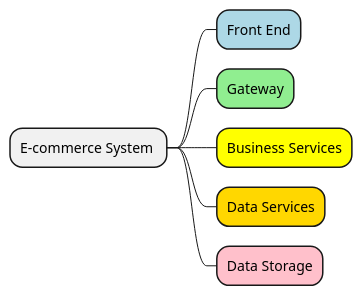
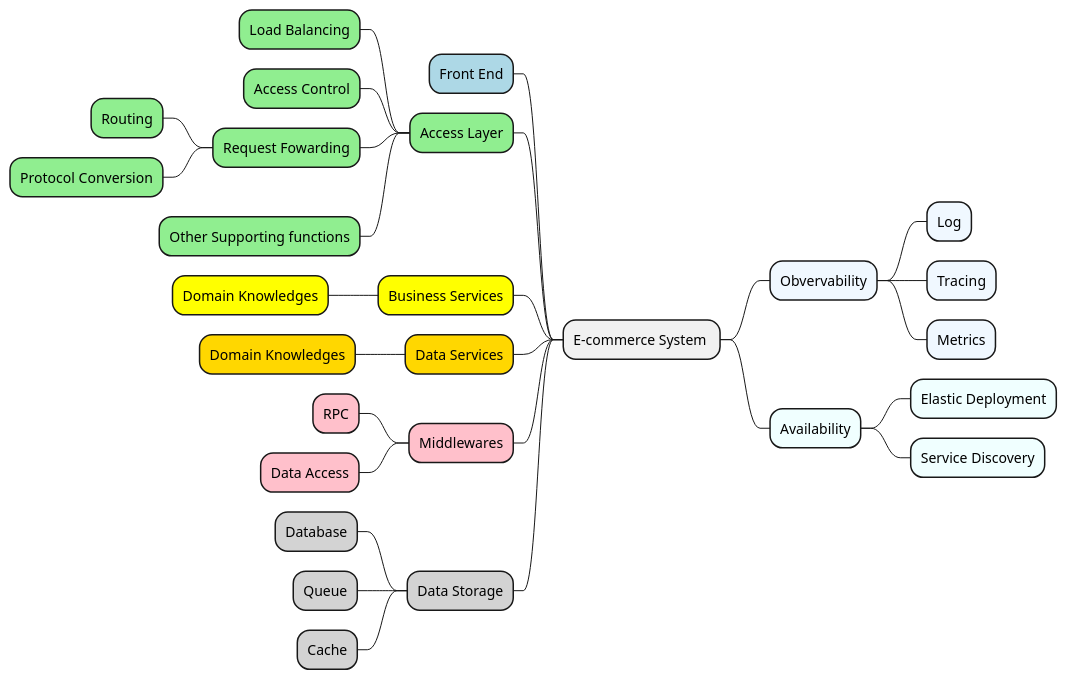
Before and after one commit to brofu/brofu.github.io: the diagram in 01-web_tech/readme.md, drawn with PlantUML. The commit also changed other lines of this file and 20 other files, not shown here.

Commit message:
refactor the konwlege list, and more architecture points

````diff
--- a/01-web_tech/readme.md
+++ b/01-web_tech/readme.md
@@ -8,12 +18,47 @@
 ```uml
 
 @startmindmap
+
 + E-commerce System 
-++[#lightblue] Front End
-++[#lightgreen] Gateway
-++[#yellow] Business Services
-++[#gold] Data Services
-++[#pink] Data Storage
+
+left side
+
+**[#lightblue] Front End
+
+**[#lightgreen] Access Layer
+***[#lightgreen] Load Balancing
+***[#lightgreen] Access Control
+***[#lightgreen] Request Fowarding
+****[#lightgreen] Routing
+****[#lightgreen] Protocol Conversion
+***[#lightgreen] Other Supporting functions
+
+**[#yellow] Business Services
+***[#yellow] Domain Knowledges
+
+**[#gold] Data Services
+***[#gold] Domain Knowledges
+
+**[#pink] Middlewares
+***[#pink] RPC
+***[#pink] Data Access
+
+**[#lightgrey] Data Storage
+***[#lightgrey] Database
+***[#lightgrey] Queue
+***[#lightgrey] Cache
+
+
+right side
+
+**[#aliceblue] Obvervability
+***[#aliceblue] Log
+***[#aliceblue] Tracing
+***[#aliceblue] Metrics
+
+**[#azure] Availability
+***[#azure] Elastic Deployment
+***[#azure] Service Discovery
 
 @endmindmap
 ```
````
